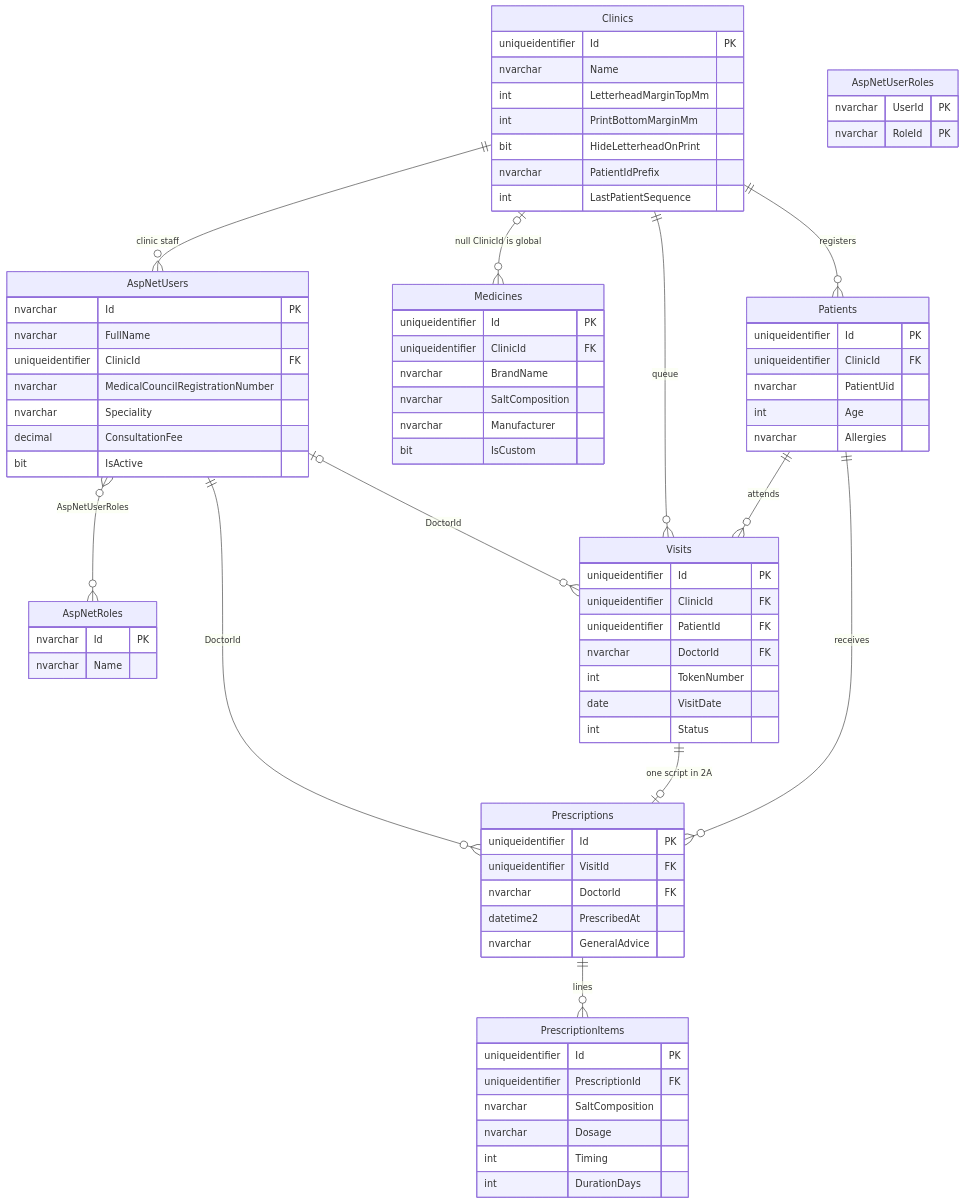
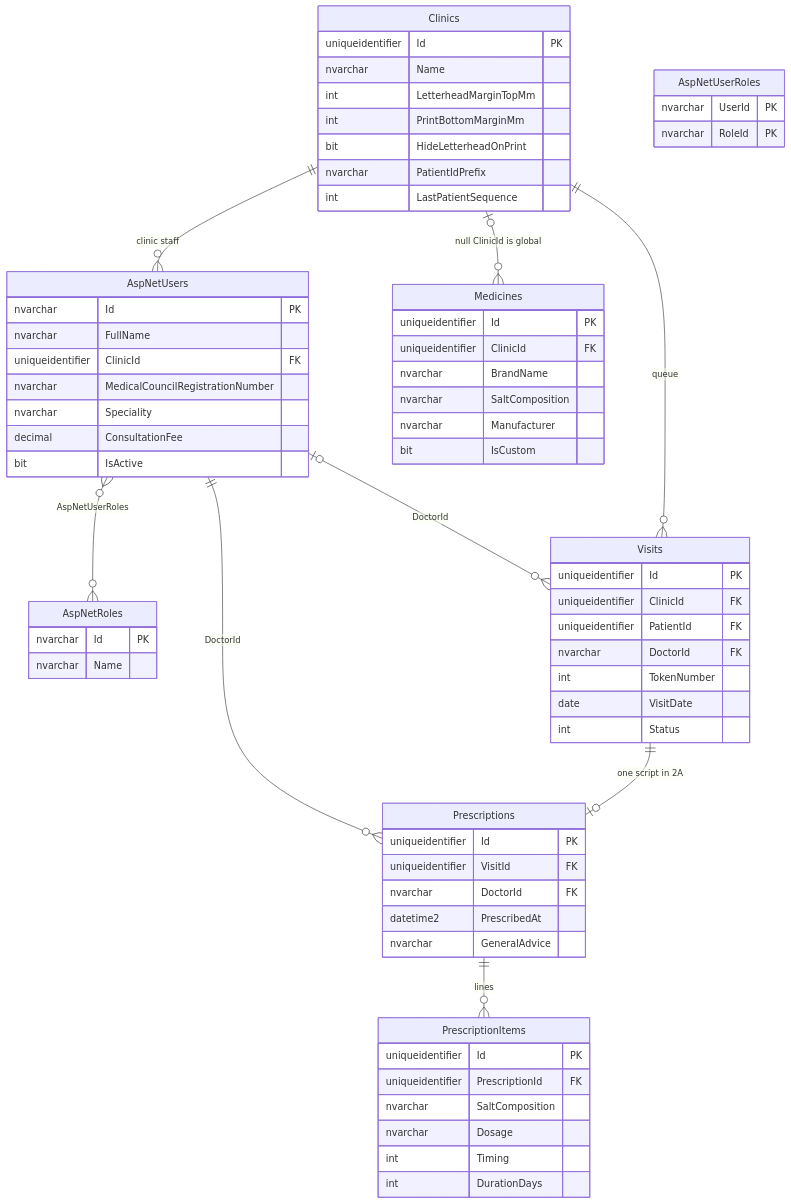
Before and after one commit to nishantmittal26/DocOS: the first of 4 diagrams in DocOS-Phase2-Database-Schema.md, drawn with Mermaid. The commit also changed other lines of this file and 65 other files, not shown here.

````diff
--- a/DocOS-Phase2-Database-Schema.md
+++ b/DocOS-Phase2-Database-Schema.md
@@ -85,79 +85,69 @@
 ```mermaid
 erDiagram
     Clinics {
         uniqueidentifier Id PK
         nvarchar Name
         int LetterheadMarginTopMm
         int PrintBottomMarginMm
         bit HideLetterheadOnPrint
         nvarchar PatientIdPrefix
         int LastPatientSequence
     }
     AspNetUsers {
         nvarchar Id PK
         nvarchar FullName
         uniqueidentifier ClinicId FK
         nvarchar MedicalCouncilRegistrationNumber
         nvarchar Speciality
         decimal ConsultationFee
         bit IsActive
     }
     AspNetRoles {
         nvarchar Id PK
         nvarchar Name
     }
     AspNetUserRoles {
         nvarchar UserId PK
         nvarchar RoleId PK
     }
     Visits {
         uniqueidentifier Id PK
         uniqueidentifier ClinicId FK
         uniqueidentifier PatientId FK
         nvarchar DoctorId FK
         int TokenNumber
         date VisitDate
         int Status
     }
     Prescriptions {
         uniqueidentifier Id PK
         uniqueidentifier VisitId FK
         nvarchar DoctorId FK
         datetime2 PrescribedAt
         nvarchar GeneralAdvice
     }
     PrescriptionItems {
         uniqueidentifier Id PK
         uniqueidentifier PrescriptionId FK
         nvarchar SaltComposition
         nvarchar Dosage
         int Timing
         int DurationDays
     }
     Medicines {
         uniqueidentifier Id PK
         uniqueidentifier ClinicId FK
         nvarchar BrandName
         nvarchar SaltComposition
         nvarchar Manufacturer
         bit IsCustom
     }
-    Patients {
-        uniqueidentifier Id PK
-        uniqueidentifier ClinicId FK
-        nvarchar PatientUid
-        int Age
-        nvarchar Allergies
-    }
     Clinics ||--o{ AspNetUsers : "clinic staff"
-    Clinics ||--o{ Patients : "registers"
-    Patients ||--o{ Visits : "attends"
-    Patients ||--o{ Prescriptions : "receives"
     AspNetUsers }o--o{ AspNetRoles : "AspNetUserRoles"
     Clinics ||--o{ Visits : "queue"
     Clinics |o--o{ Medicines : "null ClinicId is global"
     AspNetUsers |o--o{ Visits : "DoctorId"
     Visits ||--o| Prescriptions : "one script in 2A"
     AspNetUsers ||--o{ Prescriptions : "DoctorId"
     Prescriptions ||--o{ PrescriptionItems : "lines"
 ```
````
